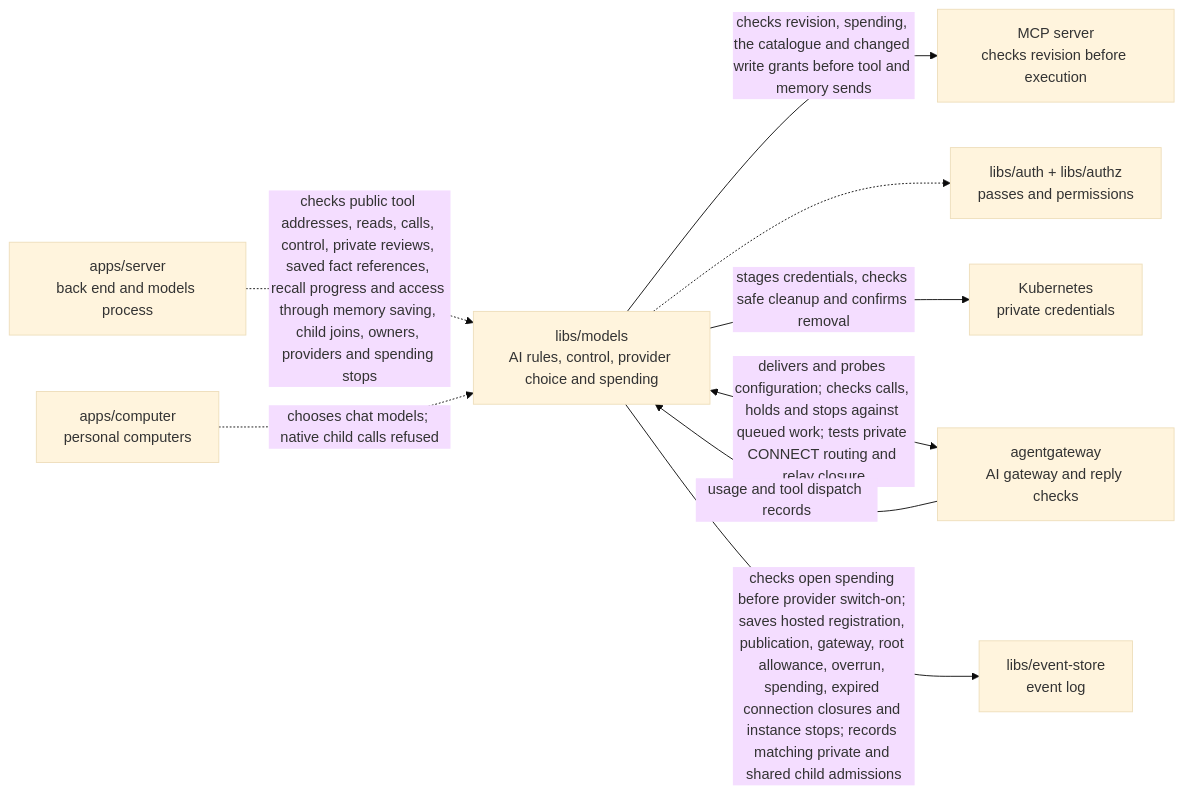
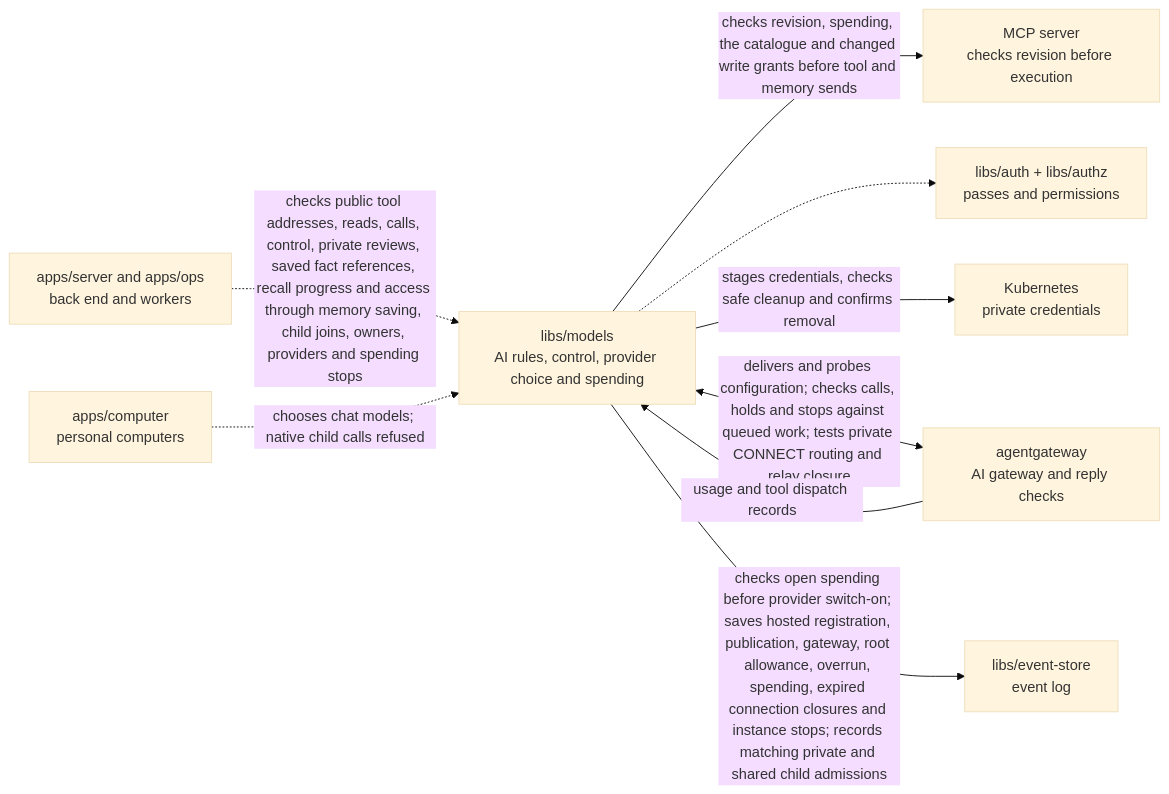
The diagram in libs/models/README.md (elewa-git/opencrane-new), drawn with Mermaid (base theme) before and after one commit. The commit also changed other lines of this file and 9 other files, not shown here.

````diff
--- a/libs/models/README.md
+++ b/libs/models/README.md
@@ -14,11 +14,11 @@
 ```mermaid
 flowchart LR
-  server["apps/server<br/>back end and models process"] -.->|checks public tool addresses, reads, calls, control, private reviews, saved fact references, recall progress and access through memory saving, child joins, owners, providers and spending stops| models["libs/models<br/>AI rules, control, provider choice and spending"]
+  server["apps/server and apps/ops<br/>back end and workers"] -.->|checks public tool addresses, reads, calls, control, private reviews, saved fact references, recall progress and access through memory saving, child joins, owners, providers and spending stops| models["libs/models<br/>AI rules, control, provider choice and spending"]
   models -->|checks revision, spending, the catalogue and changed write grants before tool and memory sends| mcp["MCP server<br/>checks revision before execution"]
   computer["apps/computer<br/>personal computers"] -.->|chooses chat models; native child calls refused| models
   models -.-> auth["libs/auth + libs/authz<br/>passes and permissions"]
   models -->|stages credentials, checks safe cleanup and confirms removal| custody["Kubernetes<br/>private credentials"]
   models <-->|delivers and probes configuration; checks calls, holds and stops against queued work; tests private CONNECT routing and relay closure| gateway["agentgateway<br/>AI gateway and reply checks"]
   gateway -->|usage and tool dispatch records| models
   models -->|checks open spending before provider switch-on; saves hosted registration, publication, gateway, root allowance, overrun, spending, expired connection closures and instance stops; records matching private and shared child admissions| store["libs/event-store<br/>event log"]
 ```
````
